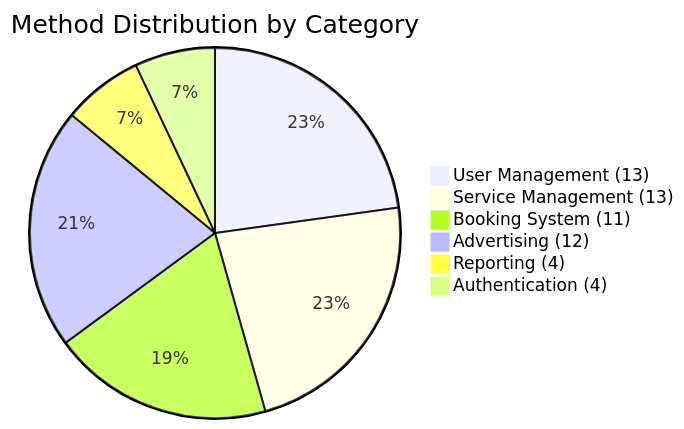
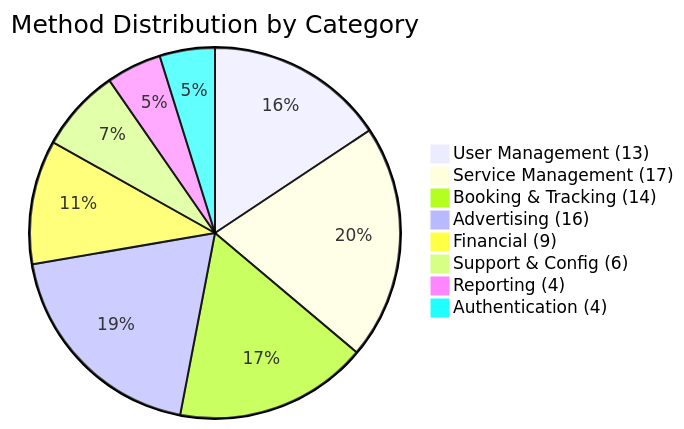
Before and after one commit to ThidasDinujaya/Seats-Labs-Reviva: the third of 5 diagrams in development/backend/docs/CLASS_DIAGRAM.md, drawn with Mermaid. The commit also changed other lines of this file and 48 other files, not shown here.

````diff
--- a/development/backend/docs/CLASS_DIAGRAM.md
+++ b/development/backend/docs/CLASS_DIAGRAM.md
@@ -307,9 +441,11 @@
 ```mermaid
 pie title Method Distribution by Category
     "User Management (13)" : 13
-    "Service Management (13)" : 13
-    "Booking System (11)" : 11
-    "Advertising (12)" : 12
+    "Service Management (17)" : 17
+    "Booking & Tracking (14)" : 14
+    "Advertising (16)" : 16
+    "Financial (9)" : 9
+    "Support & Config (6)" : 6
     "Reporting (4)" : 4
     "Authentication (4)" : 4
 ```
````
